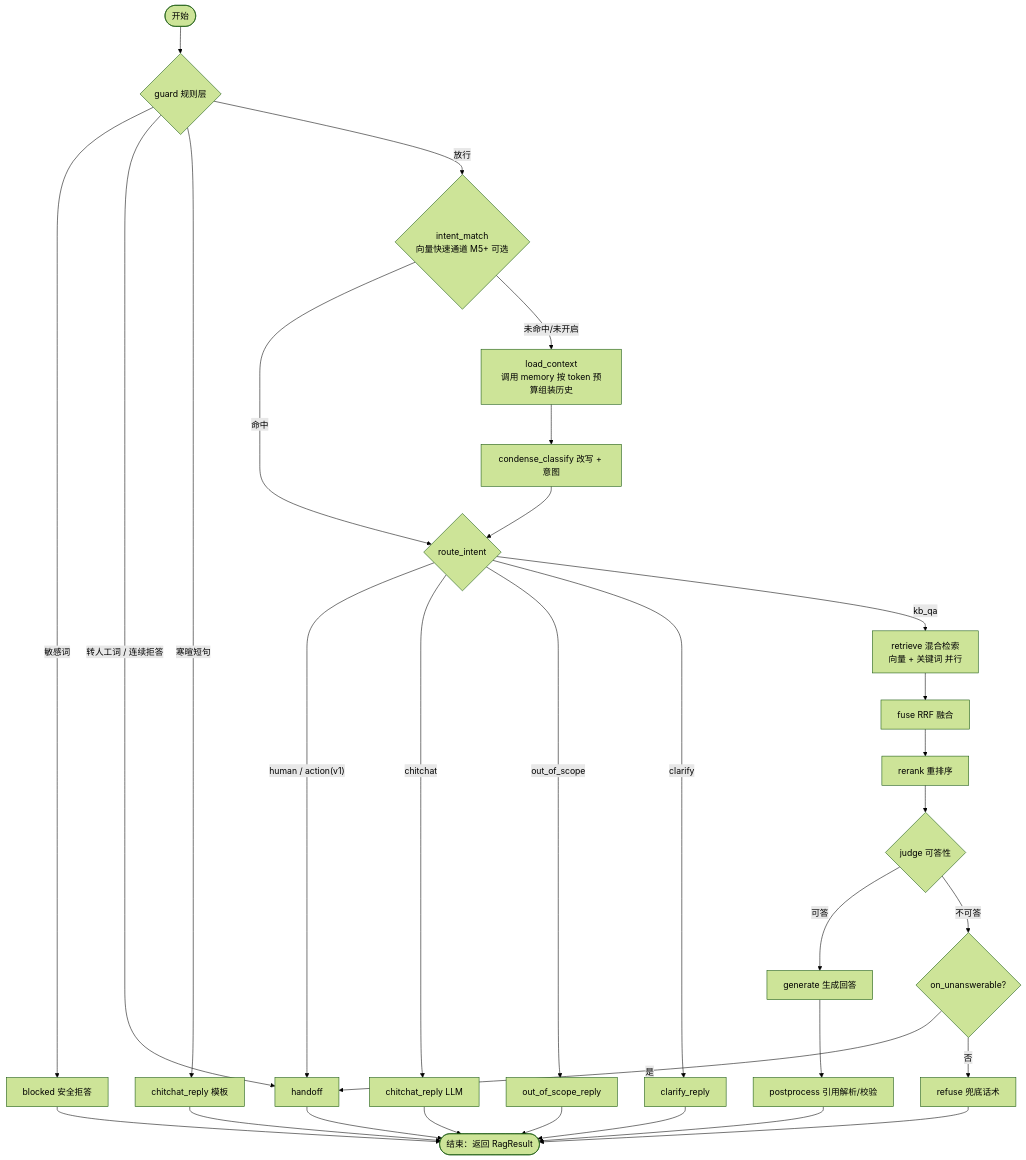
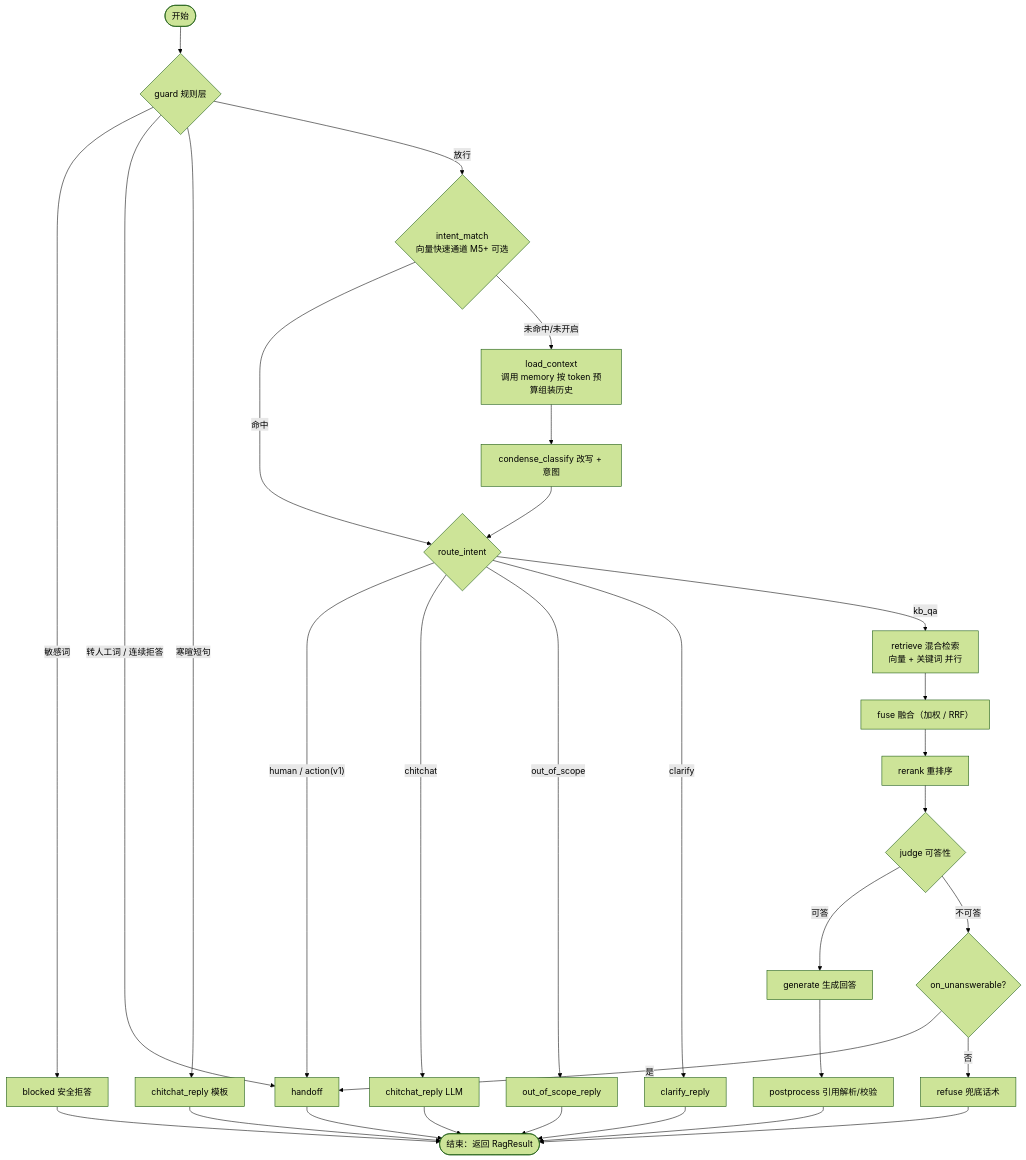
The diagram in docs/02-architecture/03-RAG流程设计.md (YKkksss/AIIntelligentCustomerService), drawn with Mermaid (forest theme) before and after one commit. The commit also changed other lines of this file and 10 other files, not shown here.

````diff
--- a/docs/02-architecture/03-RAG流程设计.md
+++ b/docs/02-architecture/03-RAG流程设计.md
@@ -7,27 +7,27 @@
 ```mermaid
 flowchart TD
   S([开始]) --> G{guard 规则层}
   G -- 敏感词 --> B[blocked 安全拒答]
   G -- 转人工词 / 连续拒答 --> H[handoff]
   G -- 寒暄短句 --> CT[chitchat_reply 模板]
   G -- 放行 --> V{intent_match<br/>向量快速通道 M5+ 可选}
   V -- 命中 --> RT
   V -- 未命中/未开启 --> LC[load_context<br/>调用 memory 按 token 预算组装历史]
   LC --> C[condense_classify 改写 + 意图]
   C --> RT{route_intent}
   RT -- human / action(v1) --> H
   RT -- chitchat --> CL[chitchat_reply LLM]
   RT -- out_of_scope --> O[out_of_scope_reply]
   RT -- clarify --> Q[clarify_reply]
   RT -- kb_qa --> R[retrieve 混合检索<br/>向量 + 关键词 并行]
-  R --> F[fuse RRF 融合]
+  R --> F[fuse 融合（加权 / RRF）]
   F --> K[rerank 重排序]
   K --> J{judge 可答性}
   J -- 可答 --> A[generate 生成回答]
   J -- 不可答 --> X{on_unanswerable?}
   X -- 是 --> H
   X -- 否 --> N[refuse 兜底话术]
   A --> P[postprocess 引用解析/校验]
   P --> E([结束：返回 RagResult])
   B & H & N & CT & CL & O & Q --> E
 ```
````
